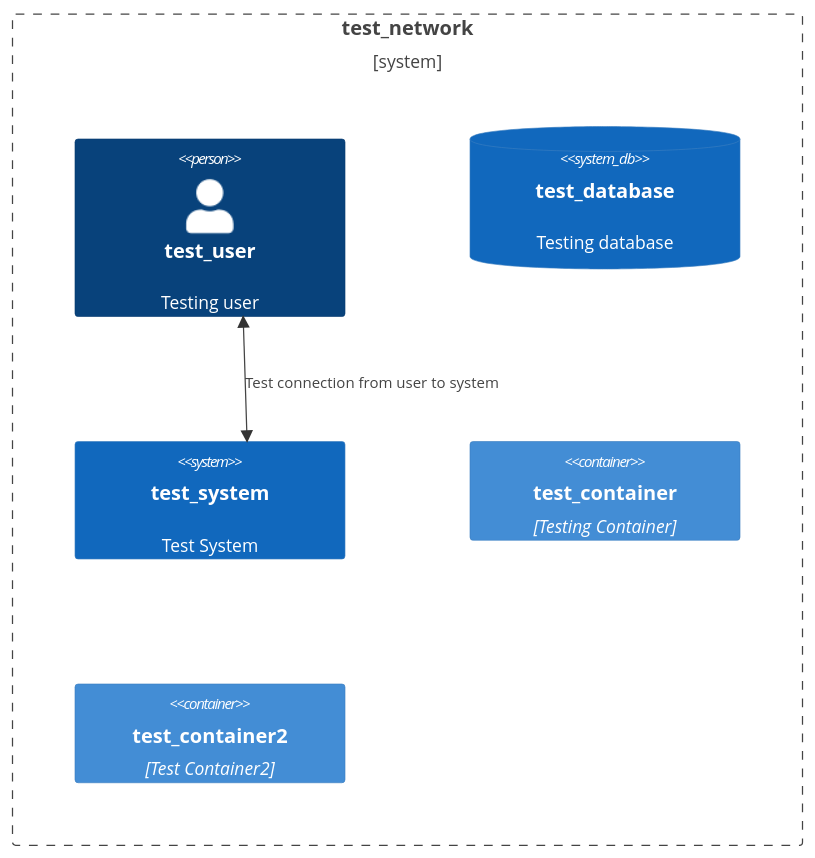
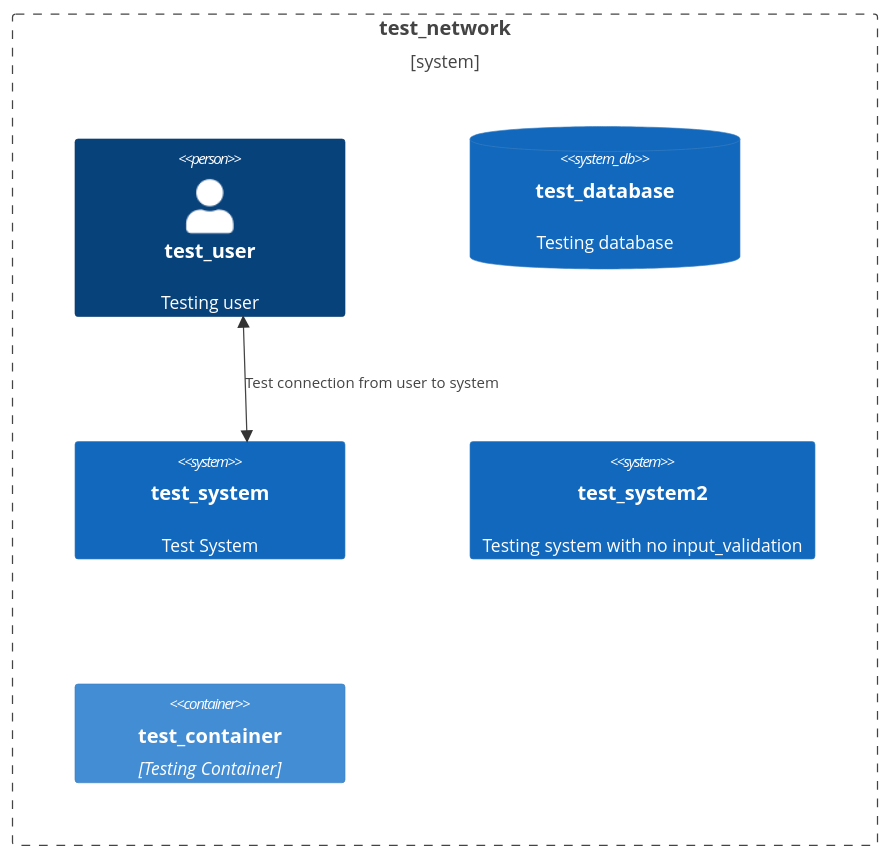
Before and after one commit to tjtharrison/pytmac: the diagram in tests/reports/report-2023-02-15.md, drawn with Mermaid. The commit also changed other lines of this file and 6 other files, not shown here.

````diff
--- a/tests/reports/report-2023-02-15.md
+++ b/tests/reports/report-2023-02-15.md
@@ -5,13 +5,13 @@
 ```mermaid
 C4Context
 	Boundary(btest_network, "test_network") {
 		Person(test_user, "test_user", "Testing user")
 		SystemDb(test_database,"test_database ", "Testing database")
 		System(test_system,"test_system ", "Test System")
+		System(test_system2,"test_system2 ", "Testing system with no input_validation")
 		Container(test_container,"test_container ", "Testing Container")
-		Container(test_container2,"test_container2 ", "Test Container2")
 	}
 	BiRel(test_user,test_system, "Test connection from user to system")
 
 UpdateLayoutConfig($c4ShapeInRow="2", $c4BoundaryInRow="3")
 ```
````
